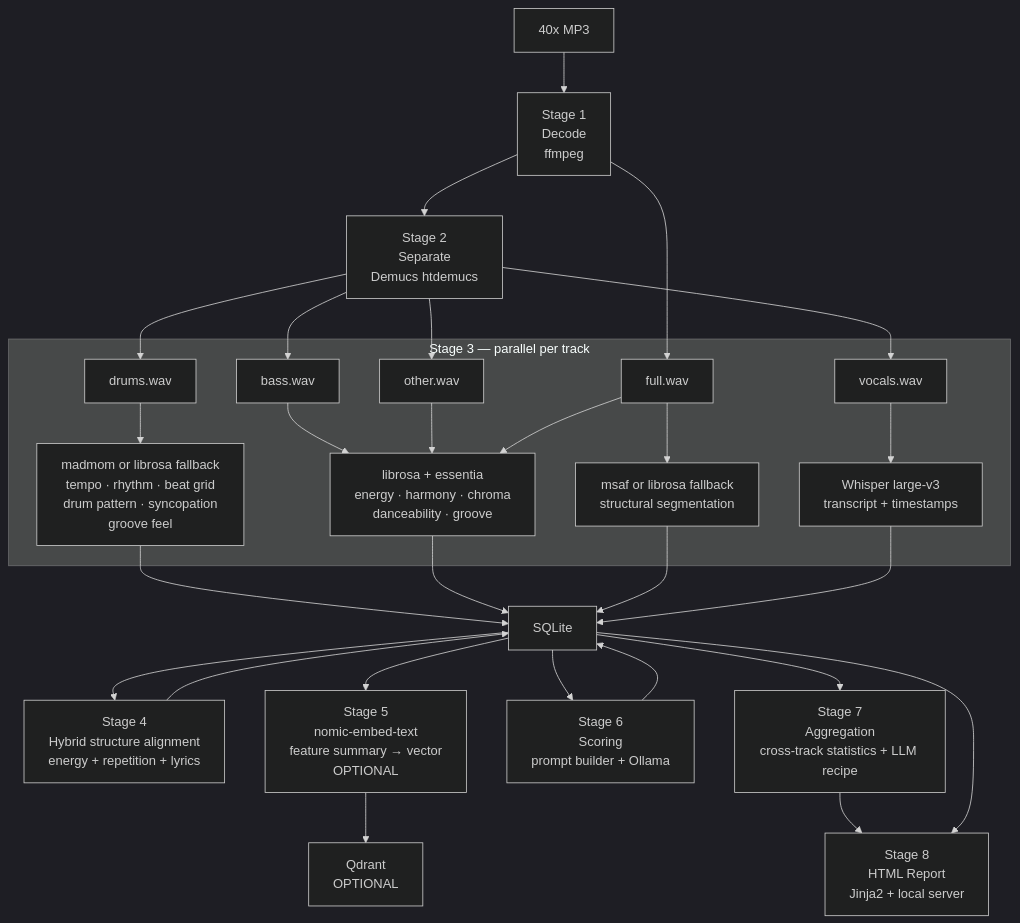
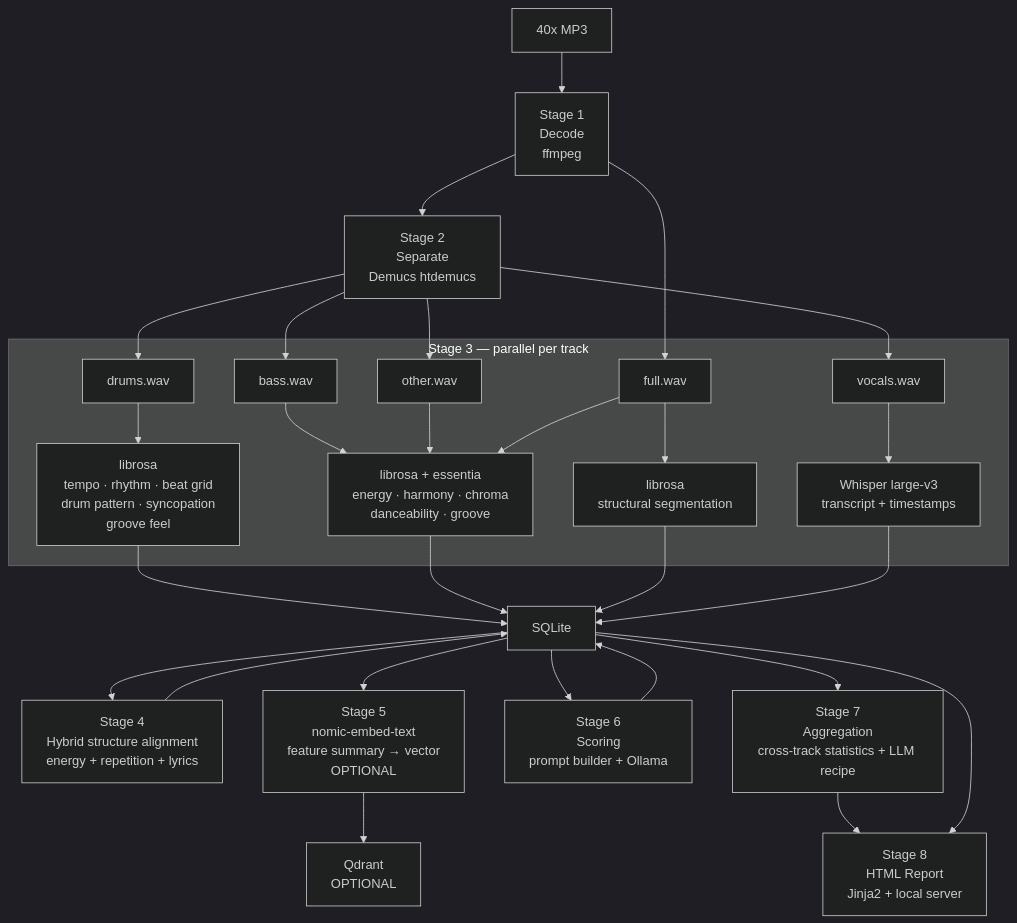
Before and after one commit to Macavitymadcap/klf-manual-analyser: the second of 6 diagrams in docs/DESIGN.md, drawn with Mermaid (dark theme). The commit also changed other lines of this file and 3 other files, not shown here.

````diff
--- a/docs/DESIGN.md
+++ b/docs/DESIGN.md
@@ -215,38 +197,38 @@
 ```mermaid
 flowchart TD
     A[40x MP3] --> B[Stage 1\nDecode\nffmpeg]
     B --> C[Stage 2\nSeparate\nDemucs htdemucs]
 
     C --> D[drums.wav]
     C --> E[bass.wav]
     C --> F[vocals.wav]
     C --> G[other.wav]
     B --> H[full.wav]
 
     subgraph stage3 [Stage 3 — parallel per track]
-        D --> I[madmom or librosa fallback\ntempo · rhythm · beat grid\ndrum pattern · syncopation\ngroove feel]
+        D --> I[librosa\ntempo · rhythm · beat grid\ndrum pattern · syncopation\ngroove feel]
         E --> J[librosa + essentia\nenergy · harmony · chroma\ndanceability · groove]
         G --> J
         H --> J
-        H --> K[msaf or librosa fallback\nstructural segmentation]
+        H --> K[librosa\nstructural segmentation]
         F --> L[Whisper large-v3\ntranscript + timestamps]
     end
 
     I --> M[SQLite]
     J --> M
     K --> M
     L --> M
 
     M --> N[Stage 4\nHybrid structure alignment\nenergy + repetition + lyrics]
     N --> M
 
     M --> O[Stage 5\nnomic-embed-text\nfeature summary → vector\nOPTIONAL]
     O --> P[Qdrant\nOPTIONAL]
 
     M --> Q[Stage 6\nScoring\nprompt builder + Ollama]
     Q --> M
 
     M --> R[Stage 7\nAggregation\ncross-track statistics + LLM recipe]
     R --> S[Stage 8\nHTML Report\nJinja2 + local server]
     M --> S
 ```
````
